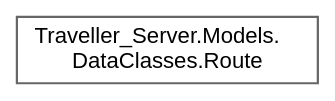
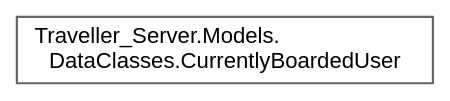
The diagram in Servidor/inherit_graph_35.dot (VenelinArgirov/manual-tecnico.github.io), drawn with Graphviz before and after one commit. The commit also changed 539 other files, not shown here.

```diff
--- a/Servidor/inherit_graph_35.dot
+++ b/Servidor/inherit_graph_35.dot
@@ -1,9 +1,9 @@
 digraph "Graphical Class Hierarchy"
 {
  // LATEX_PDF_SIZE
   bgcolor="transparent";
   edge [fontname=Helvetica,fontsize=10,labelfontname=Helvetica,labelfontsize=10];
   node [fontname=Helvetica,fontsize=10,shape=box,height=0.2,width=0.4];
   rankdir="LR";
-  Node0 [label="Traveller_Server.Models.\lDataClasses.Route",height=0.2,width=0.4,color="grey40", fillcolor="white", style="filled",URL="$class_traveller___server_1_1_models_1_1_data_classes_1_1_route.html",tooltip="Data class of a route. Represents a route in which a transport goes from A to B while stopping multip..."];
+  Node0 [label="Traveller_Server.Models.\lDataClasses.CurrentlyBoardedUser",height=0.2,width=0.4,color="grey40", fillcolor="white", style="filled",URL="$class_traveller___server_1_1_models_1_1_data_classes_1_1_currently_boarded_user.html",tooltip="Class to check if the specified user is currently travelling on a route and which one is that."];
 }
```
